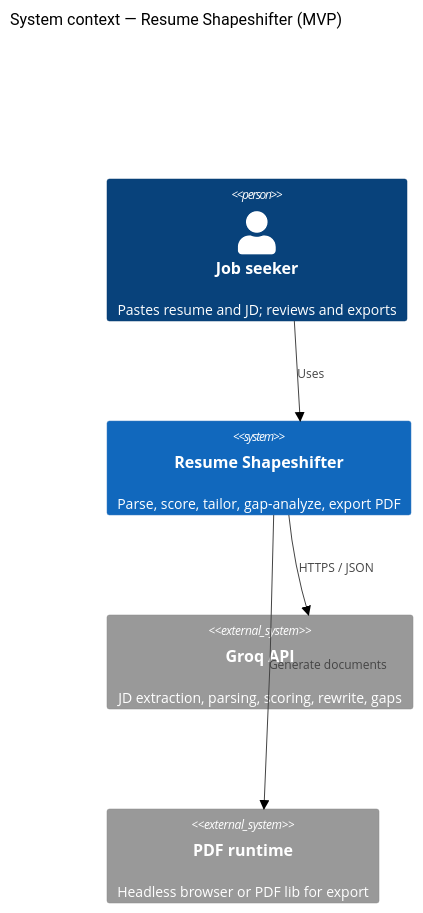
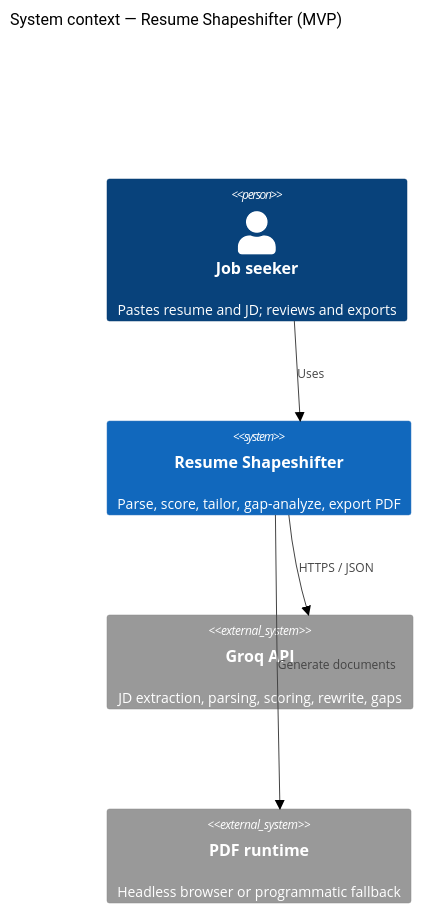
The first of 4 diagrams in architecture.md (Suryxbg/Resume_Shapeshifter), drawn with Mermaid (forest theme) before and after one commit. The commit also changed other lines of this file and 31 other files, not shown here.

````diff
--- a/architecture.md
+++ b/architecture.md
@@ -29,12 +29,12 @@
 ```mermaid
 C4Context
   title System context — Resume Shapeshifter (MVP)
   Person(user, "Job seeker", "Pastes resume and JD; reviews and exports")
   System(rs, "Resume Shapeshifter", "Parse, score, tailor, gap-analyze, export PDF")
   System_Ext(llm, "Groq API", "JD extraction, parsing, scoring, rewrite, gaps")
-  System_Ext(pdf, "PDF runtime", "Headless browser or PDF lib for export")
+  System_Ext(pdf, "PDF runtime", "Headless browser or programmatic fallback")
 
   Rel(user, rs, "Uses")
   Rel(rs, llm, "HTTPS / JSON")
   Rel(rs, pdf, "Generate documents")
 ```
````
